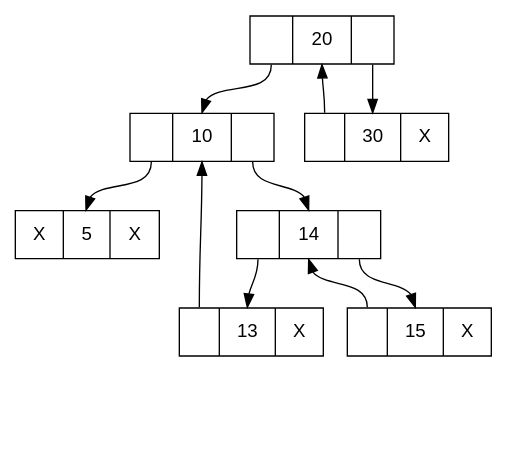
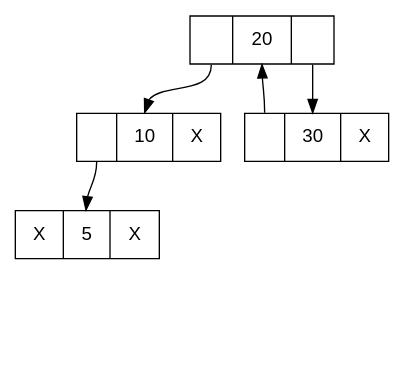
The diagram in diagram.dot (radwanCS/Data-Structure-Visualization-with-Graphviz), drawn with Graphviz before and after one commit. The commit also changed 5 other files, not shown here.

```diff
--- a/diagram.dot
+++ b/diagram.dot
@@ -1,32 +1,20 @@
 digraph LTBT{
 	node [fontname="Arial", shape=record, height=0.5, width=1.5];
 	20 [label="<left> |<data> 20 |<right> "];
-	10 [label="<left> |<data> 10 |<right> "];
+	10 [label="<left> |<data> 10 |<right> X"];
 	30 [label="<left> |<data> 30 |<right> X"];
 	5 [label="<left> X|<data> 5 |<right> X"];
-	14 [label="<left> |<data> 14 |<right> "];
 	20 [label="<left> |<data> 20 |<right> "];
-	13 [label="<left> |<data> 13 |<right> X"];
-	15 [label="<left> |<data> 15 |<right> X"];
-	10 [label="<left> |<data> 10 |<right> "];
-	30 [label="<left> |<data> 30 |<right> X"];
 	20:left -> 10:data;
 	20:right -> 30:data;
 	10:left -> 5:data;
-	10:right -> 14:data;
 	NULL1 [shape=point style=invis];
-	5:left -> NULL1 [style=invis];
+	10:right -> NULL1 [style=invis];
 	NULL2 [shape=point style=invis];
-	5:right -> NULL2 [style=invis];
-	14:left -> 13:data;
-	14:right -> 15:data;
-	13:left -> 10:data;
+	5:left -> NULL2 [style=invis];
 	NULL3 [shape=point style=invis];
-	13:right -> NULL3 [style=invis];
-	15:left -> 14:data;
+	5:right -> NULL3 [style=invis];
+	30:left -> 20:data;
 	NULL4 [shape=point style=invis];
-	15:right -> NULL4 [style=invis];
-	30:left -> 20:data;
-	NULL5 [shape=point style=invis];
-	30:right -> NULL5 [style=invis];
+	30:right -> NULL4 [style=invis];
 }
```
